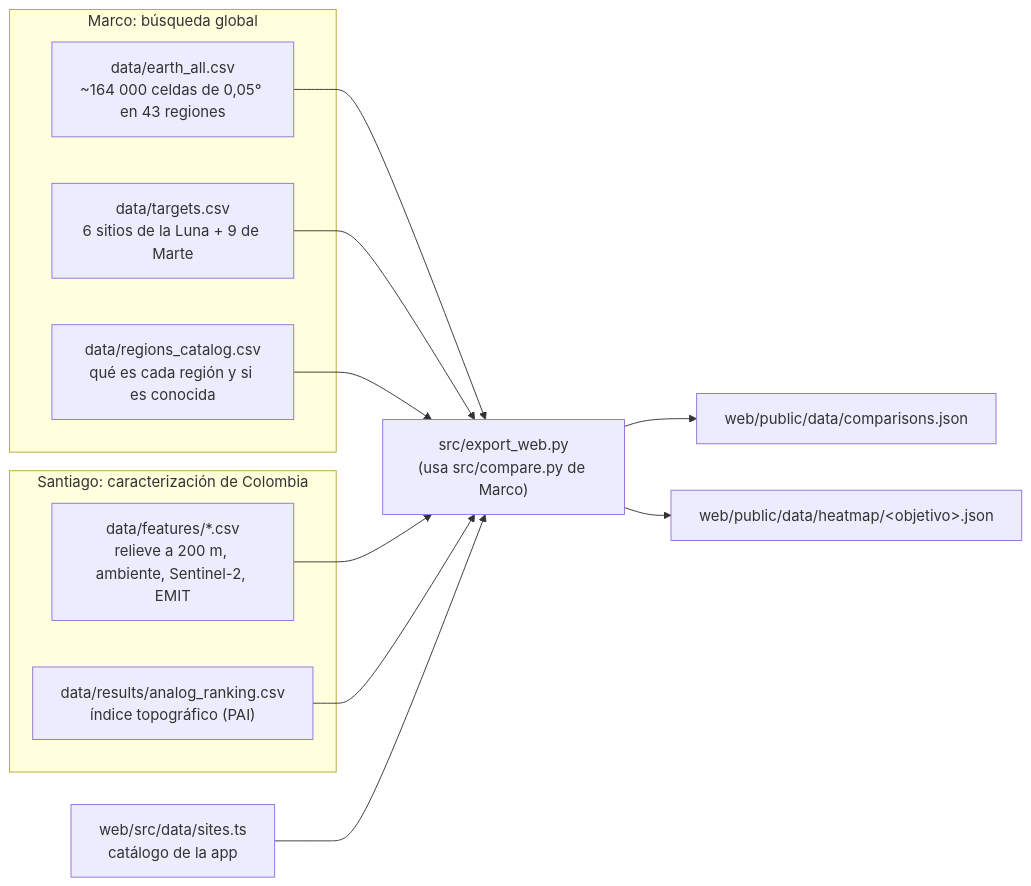
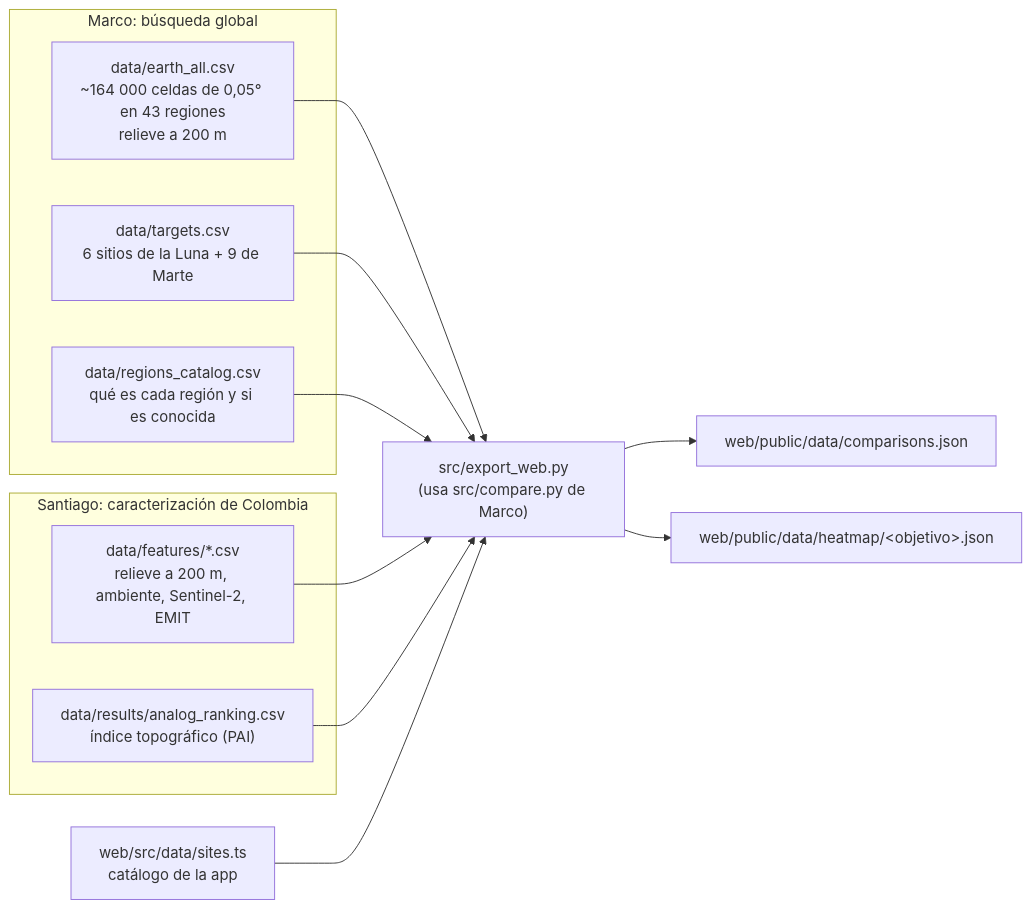
One commit to Mabeltranpe1/NASA_SPACE_APPS_2026 changed the diagram in docs/DATOS_WEB.md. Above: the diagram before and after it, drawn with Mermaid. The commit also changed other lines of this file and 19 other files, not shown here.

Commit message:
data: regenera los datos de la app con el relieve a 200 m de Marco

````diff
--- a/docs/DATOS_WEB.md
+++ b/docs/DATOS_WEB.md
@@ -7,24 +7,24 @@
 ```mermaid
 flowchart LR
     subgraph Marco["Marco: búsqueda global"]
-        E["data/earth_all.csv<br/>~164 000 celdas de 0,05° en 43 regiones"]
+        E["data/earth_all.csv<br/>~164 000 celdas de 0,05° en 43 regiones<br/>relieve a 200 m"]
         T["data/targets.csv<br/>6 sitios de la Luna + 9 de Marte"]
         R["data/regions_catalog.csv<br/>qué es cada región y si es conocida"]
     end
     subgraph Santiago["Santiago: caracterización de Colombia"]
         F["data/features/*.csv<br/>relieve a 200 m, ambiente, Sentinel-2, EMIT"]
         P["data/results/analog_ranking.csv<br/>índice topográfico (PAI)"]
     end
     C["web/src/data/sites.ts<br/>catálogo de la app"]
     X["src/export_web.py<br/>(usa src/compare.py de Marco)"]
     J1["web/public/data/comparisons.json"]
     J2["web/public/data/heatmap/&lt;objetivo&gt;.json"]
     E --> X
     T --> X
     R --> X
     F --> X
     P --> X
     C --> X
     X --> J1
     X --> J2
 ```
````
